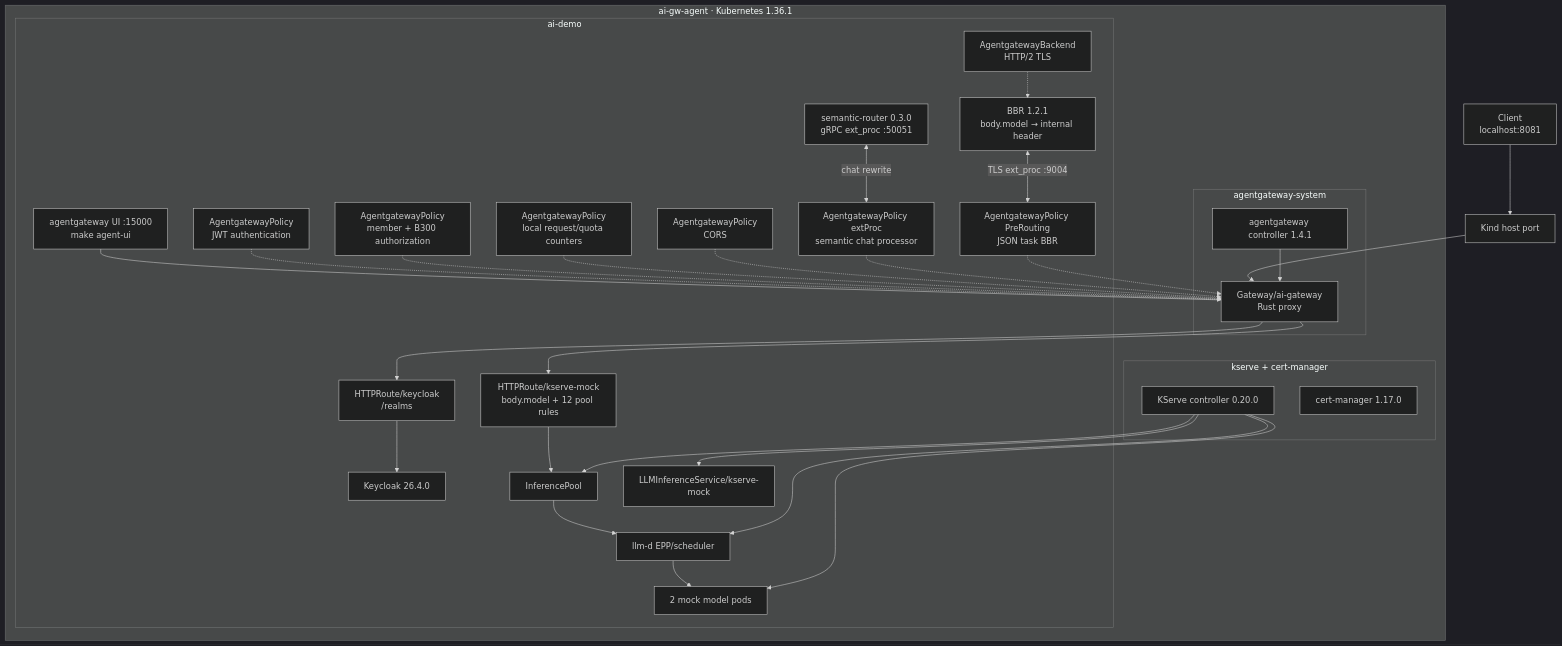
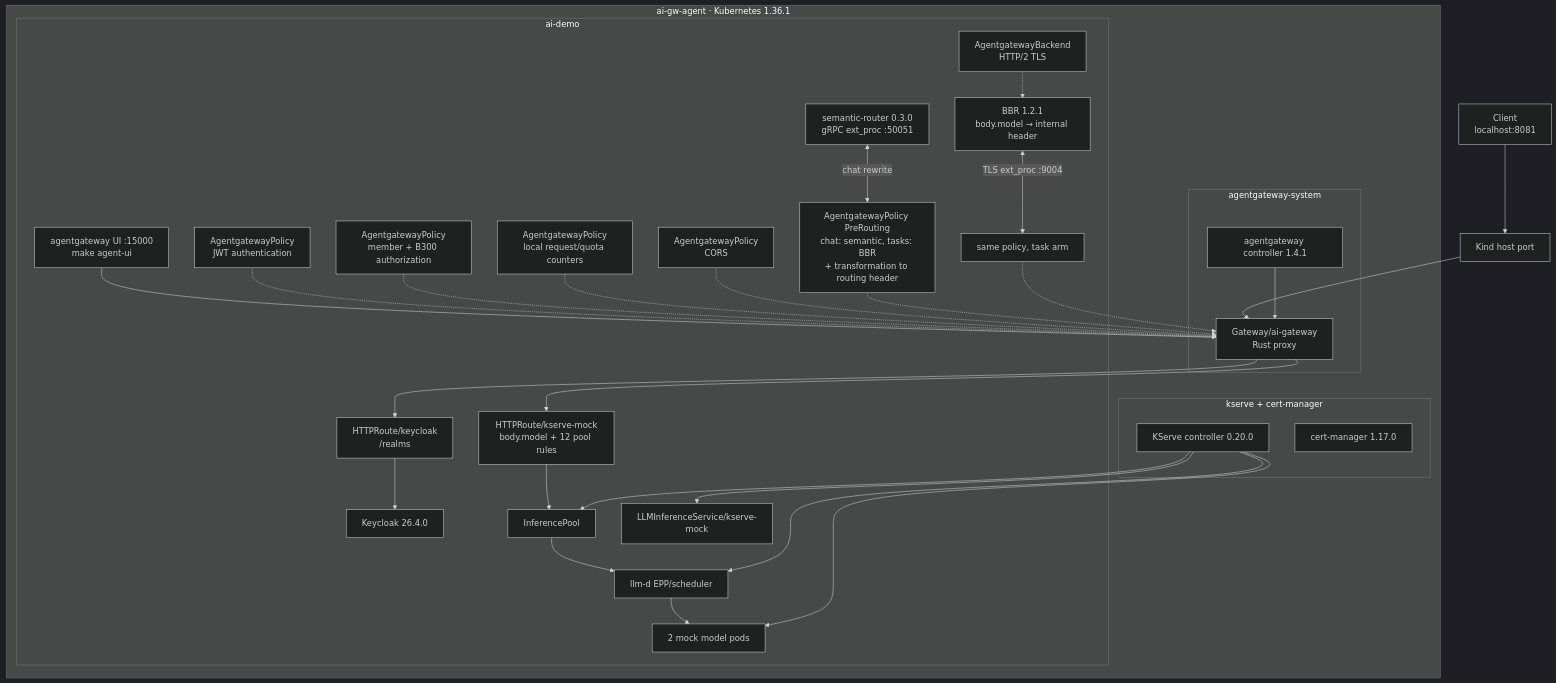
Before and after one commit to nolimitkun/ai-gateway: the third of 3 diagrams in README.md, drawn with Mermaid (dark theme). The commit also changed other lines of this file and 7 other files, not shown here.

````diff
--- a/README.md
+++ b/README.md
@@ -440,36 +451,36 @@
 ```mermaid
 flowchart TB
   C["Client<br/>localhost:8081"] --> KP["Kind host port"] --> GW
 
   subgraph K["ai-gw-agent · Kubernetes 1.36.1"]
     subgraph AGS["agentgateway-system"]
       AGC["agentgateway controller 1.4.1"] --> GW
     end
     subgraph APP["ai-demo"]
       GW["Gateway/ai-gateway<br/>Rust proxy"]
       UI["agentgateway UI :15000<br/>make agent-ui"] --- GW
       KR["HTTPRoute/keycloak<br/>/realms"] --> KC["Keycloak 26.4.0"]
       R["HTTPRoute/kserve-mock<br/>body.model + 12 pool rules"] --> P["InferencePool"]
       JWT["AgentgatewayPolicy<br/>JWT authentication"] -.-> GW
       AZ["AgentgatewayPolicy<br/>member + B300 authorization"] -.-> GW
       RL["AgentgatewayPolicy<br/>local request/quota counters"] -.-> GW
       CORS["AgentgatewayPolicy<br/>CORS"] -.-> GW
-      EP["AgentgatewayPolicy extProc<br/>semantic chat processor"] -.-> GW
+      EP["AgentgatewayPolicy PreRouting<br/>chat: semantic, tasks: BBR<br/>+ transformation to routing header"] -.-> GW
       SR["semantic-router 0.3.0<br/>gRPC ext_proc :50051"] <-->|"chat rewrite"| EP
-      BP["AgentgatewayPolicy PreRouting<br/>JSON task BBR"] -.-> GW
+      BP["same policy, task arm"] -.-> GW
       BBR["BBR 1.2.1<br/>body.model → internal header"] <-->|"TLS ext_proc :9004"| BP
       AGB["AgentgatewayBackend<br/>HTTP/2 TLS"] -.-> BBR
       P --> EPP["llm-d EPP/scheduler"] --> PODS["2 mock model pods"]
       LLM["LLMInferenceService/kserve-mock"]
     end
     subgraph KSV["kserve + cert-manager"]
       CTRL["KServe controller 0.20.0"] --> LLM
       CTRL --> P
       CTRL --> EPP
       CTRL --> PODS
       CM["cert-manager 1.17.0"]
     end
     GW --> KR
     GW --> R
   end
 ```
````
